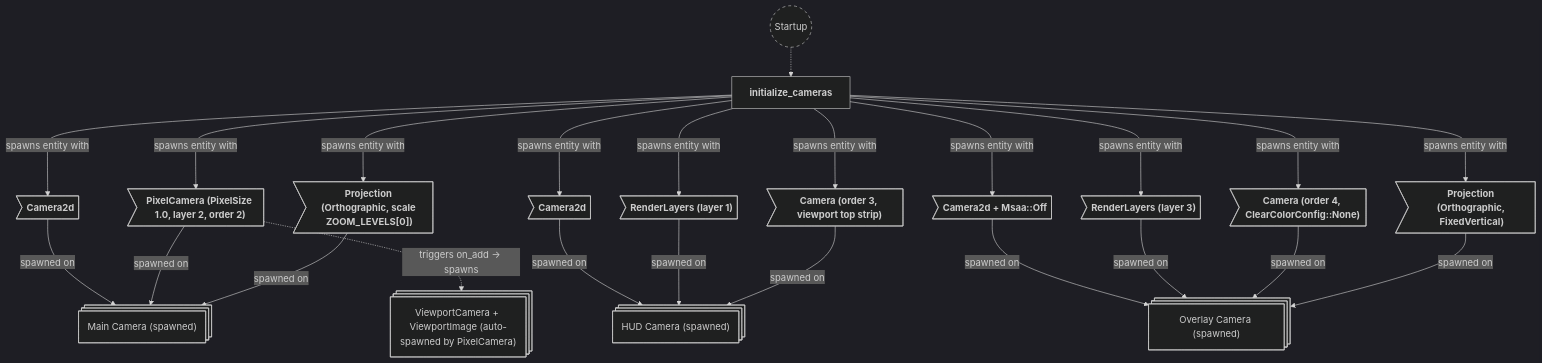
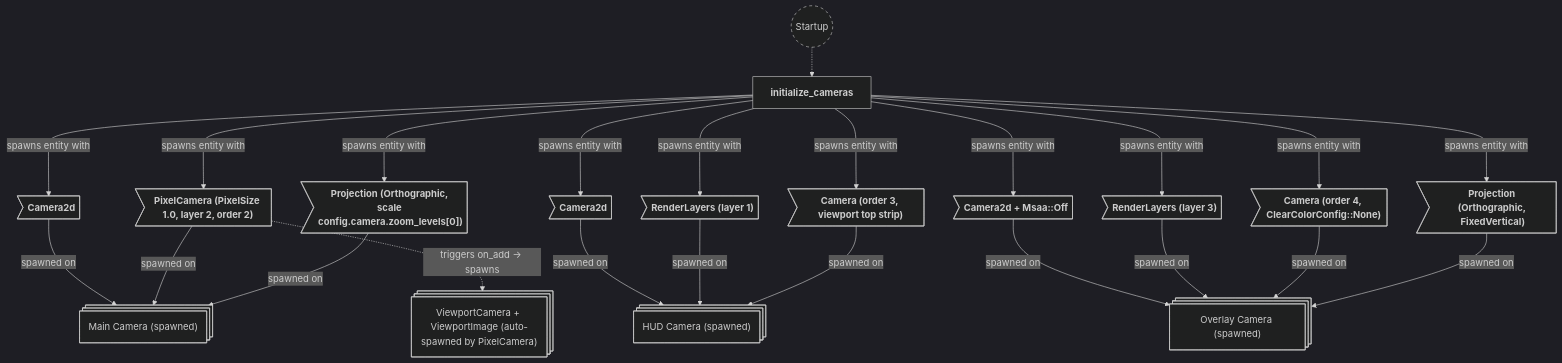
One commit to neurosoup/tyled changed the eighth of 8 diagrams in backlog/docs/doc-6 - 005-Camera-plugin.md. Above: the diagram before and after it, drawn with Mermaid. The commit also changed other lines of this file and 29 other files, not shown here.

````diff
--- a/backlog/docs/doc-6 - 005-Camera-plugin.md
+++ b/backlog/docs/doc-6 - 005-Camera-plugin.md
@@ -292,58 +296,58 @@
 ```mermaid
 ---
 config:
   theme: dark
 ---
 
 flowchart TD
 classDef system-group stroke-dasharray: 5 5
 
 startup(("`Startup`")):::system-group
 initialize_cameras["`**initialize_cameras**`"]
 
 startup -.-> initialize_cameras
 
 main_camera_entity@{ shape: st-rect, label: "Main Camera (spawned)" }
 viewport_camera_entity@{ shape: st-rect, label: "ViewportCamera + ViewportImage (auto-spawned by PixelCamera)" }
 hud_camera_entity@{ shape: st-rect, label: "HUD Camera (spawned)" }
 overlay_camera_entity@{ shape: st-rect, label: "Overlay Camera (spawned)" }
 
 mc_camera2d>"`**Camera2d**`"]
 mc_pixel_camera>"`**PixelCamera (PixelSize 1.0, layer 2, order 2)**`"]
-mc_projection>"`**Projection (Orthographic, scale ZOOM_LEVELS[0])**`"]
+mc_projection>"`**Projection (Orthographic, scale config.camera.zoom_levels[0])**`"]
 
 hc_camera2d>"`**Camera2d**`"]
 hc_render_layers>"`**RenderLayers (layer 1)**`"]
 hc_camera>"`**Camera (order 3, viewport top strip)**`"]
 
 oc_camera2d>"`**Camera2d + Msaa::Off**`"]
 oc_render_layers>"`**RenderLayers (layer 3)**`"]
 oc_camera>"`**Camera (order 4, ClearColorConfig::None)**`"]
 oc_projection>"`**Projection (Orthographic, FixedVertical)**`"]
 
 mc_camera2d --> |spawned on| main_camera_entity
 mc_pixel_camera --> |spawned on| main_camera_entity
 mc_projection --> |spawned on| main_camera_entity
 mc_pixel_camera -.-> |triggers on_add → spawns| viewport_camera_entity
 
 hc_camera2d --> |spawned on| hud_camera_entity
 hc_render_layers --> |spawned on| hud_camera_entity
 hc_camera --> |spawned on| hud_camera_entity
 
 initialize_cameras ---> |spawns entity with| mc_camera2d
 initialize_cameras ---> |spawns entity with| mc_pixel_camera
 initialize_cameras ---> |spawns entity with| mc_projection
 initialize_cameras ---> |spawns entity with| hc_camera2d
 initialize_cameras ---> |spawns entity with| hc_render_layers
 initialize_cameras ---> |spawns entity with| hc_camera
 
 oc_camera2d --> |spawned on| overlay_camera_entity
 oc_render_layers --> |spawned on| overlay_camera_entity
 oc_camera --> |spawned on| overlay_camera_entity
 oc_projection --> |spawned on| overlay_camera_entity
 
 initialize_cameras ---> |spawns entity with| oc_camera2d
 initialize_cameras ---> |spawns entity with| oc_render_layers
 initialize_cameras ---> |spawns entity with| oc_camera
 initialize_cameras ---> |spawns entity with| oc_projection
 ```
````
